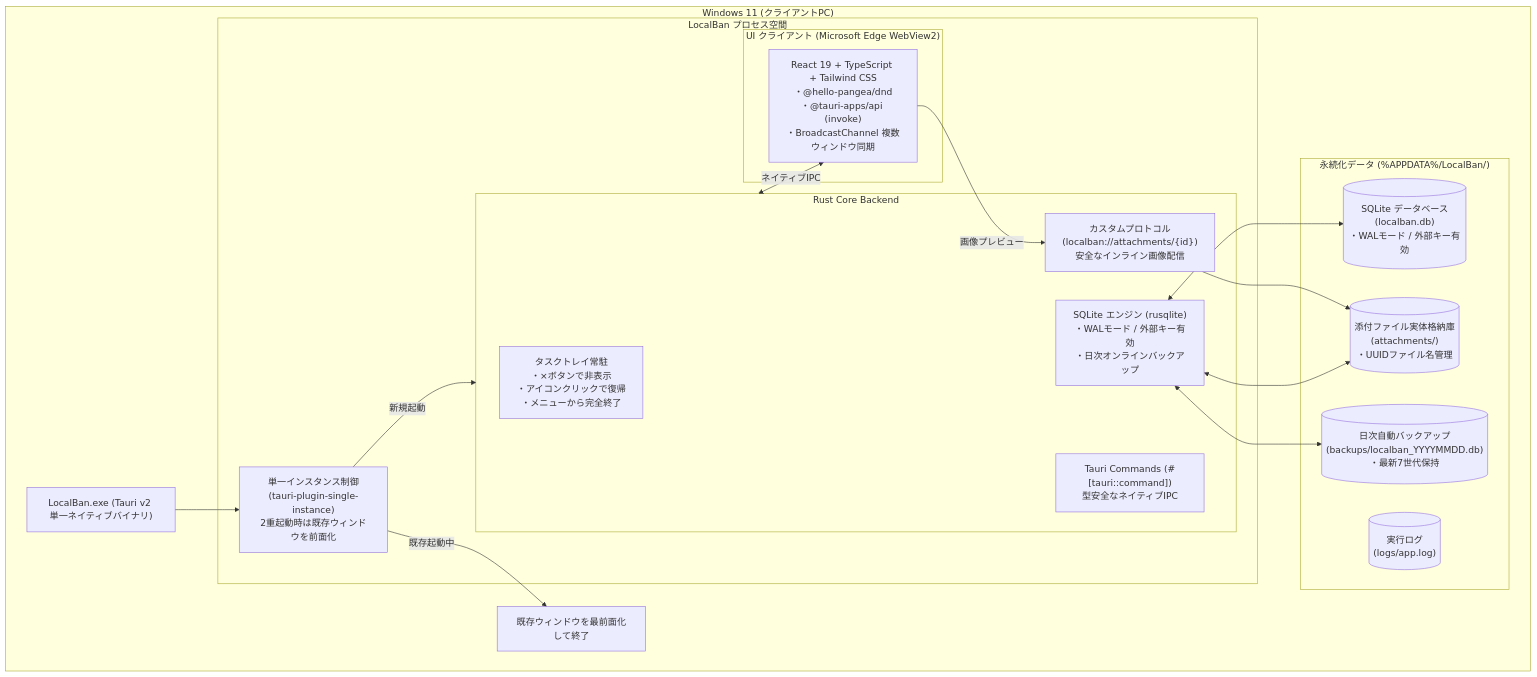
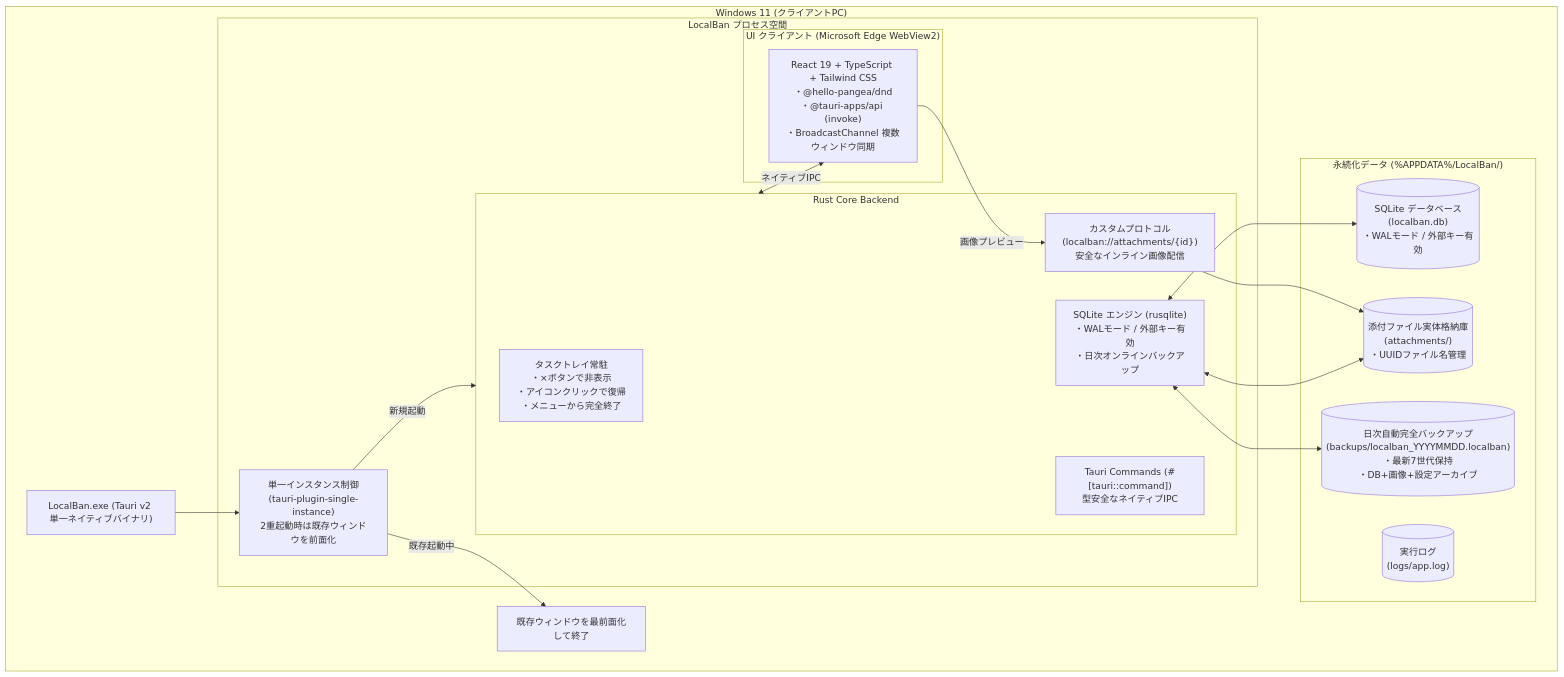
Before and after one commit to zyanpoyo/LocalBan: the diagram in docs/architecture/system_overview.md, drawn with Mermaid. The commit also changed other lines of this file and 9 other files, not shown here.

````diff
--- a/docs/architecture/system_overview.md
+++ b/docs/architecture/system_overview.md
@@ -10,38 +10,38 @@
 ```mermaid
 flowchart TD
     subgraph Host ["Windows 11 (クライアントPC)"]
         EXE["LocalBan.exe (Tauri v2 単一ネイティブバイナリ)"]
 
         subgraph Process ["LocalBan プロセス空間"]
             Single["単一インスタンス制御\n(tauri-plugin-single-instance)\n2重起動時は既存ウィンドウを前面化"]
 
             subgraph RustCore ["Rust Core Backend"]
                 Tray["タスクトレイ常駐\n・×ボタンで非表示\n・アイコンクリックで復帰\n・メニューから完全終了"]
                 IPC["Tauri Commands (#[tauri::command])\n型安全なネイティブIPC"]
                 Proto["カスタムプロトコル\n(localban://attachments/{id})\n安全なインライン画像配信"]
                 DBEngine["SQLite エンジン (rusqlite)\n・WALモード / 外部キー有効\n・日次オンラインバックアップ"]
             end
 
             subgraph WebViewClient ["UI クライアント (Microsoft Edge WebView2)"]
                 UI["React 19 + TypeScript + Tailwind CSS\n・@hello-pangea/dnd\n・@tauri-apps/api (invoke)\n・BroadcastChannel 複数ウィンドウ同期"]
             end
         end
 
         subgraph LocalStorage ["永続化データ (%APPDATA%/LocalBan/)"]
             DB[("SQLite データベース\n(localban.db)\n・WALモード / 外部キー有効")]
             Files[("添付ファイル実体格納庫\n(attachments/)\n・UUIDファイル名管理")]
-            Backups[("日次自動バックアップ\n(backups/localban_YYYYMMDD.db)\n・最新7世代保持")]
+            Backups[("日次自動完全バックアップ\n(backups/localban_YYYYMMDD.localban)\n・最新7世代保持\n・DB+画像+設定アーカイブ")]
             Logs[("実行ログ\n(logs/app.log)")]
         end
 
         EXE --> Single
         Single -->|"既存起動中"| FocusExisting["既存ウィンドウを最前面化して終了"]
         Single -->|"新規起動"| RustCore
         RustCore <-->|"ネイティブIPC"| UI
         UI -->|"画像プレビュー"| Proto
         Proto --> Files
         DBEngine <--> DB
         DBEngine <--> Files
         DBEngine <--> Backups
     end
 ```
````
